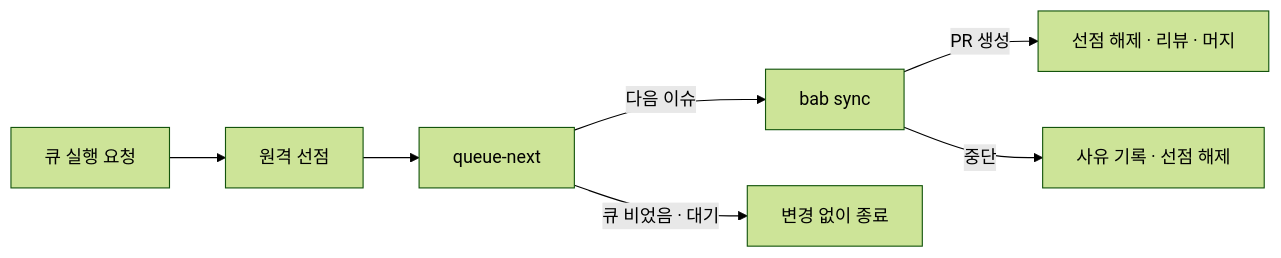
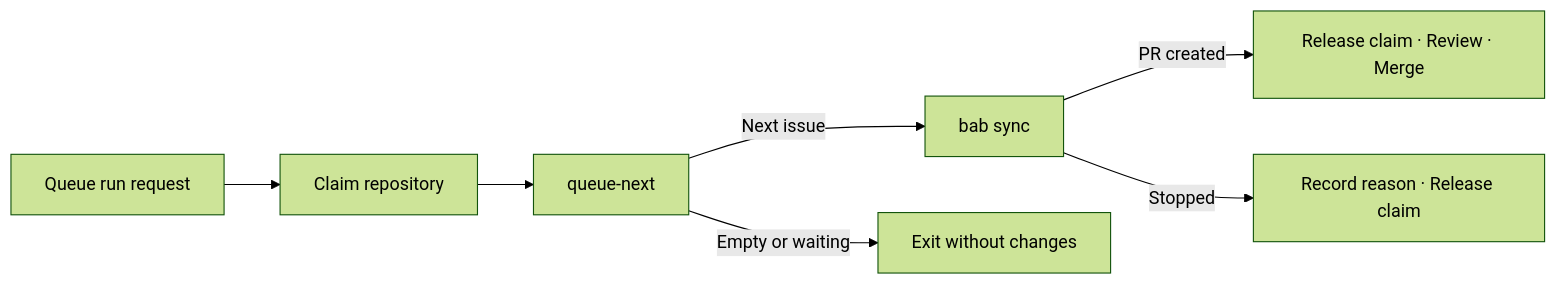
The third of 3 diagrams in docs/guide.md (freevue/bab-skill), drawn with Mermaid (forest theme) before and after one commit. The commit also changed other lines of this file and 6 other files, not shown here.

````diff
--- a/docs/guide.md
+++ b/docs/guide.md
@@ -631,9 +735,9 @@
 ```mermaid
 flowchart LR
-  A[큐 실행 요청] --> L[원격 선점]
+  A[Queue run request] --> L[Claim repository]
   L --> B[queue-next]
-  B -->|다음 이슈| C[bab sync]
-  B -->|큐 비었음 · 대기| D[변경 없이 종료]
-  C -->|PR 생성| E[선점 해제 · 리뷰 · 머지]
-  C -->|중단| F[사유 기록 · 선점 해제]
+  B -->|Next issue| C[bab sync]
+  B -->|Empty or waiting| D[Exit without changes]
+  C -->|PR created| E[Release claim · Review · Merge]
+  C -->|Stopped| F[Record reason · Release claim]
 ```
````
